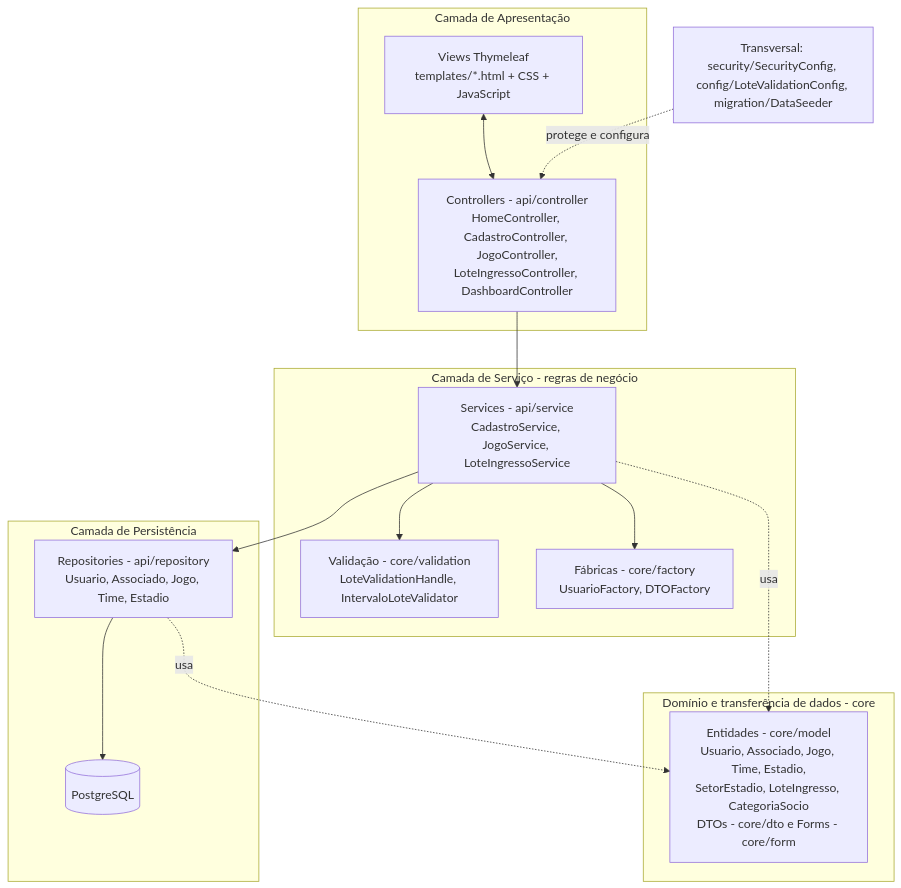
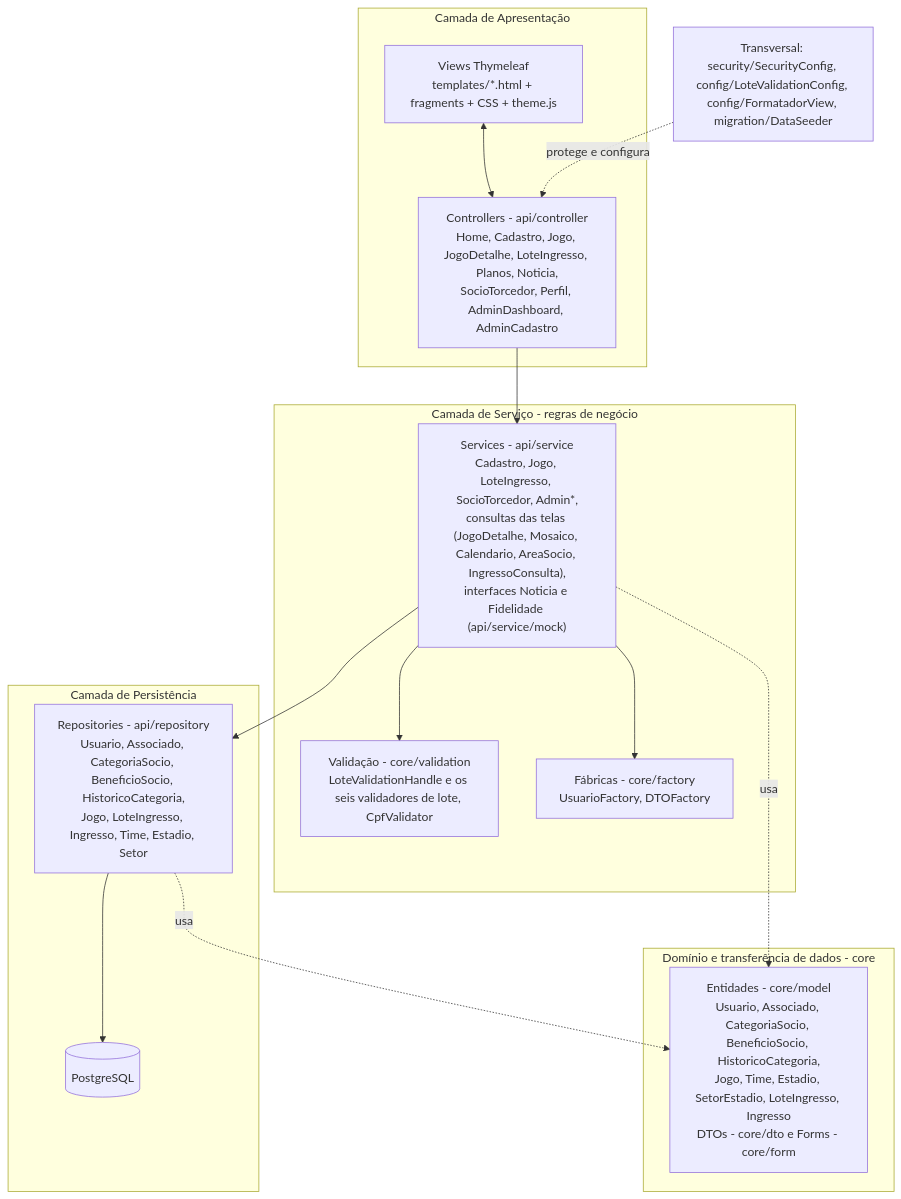
The diagram in docs/diagramas/camadas-pt.mmd (OlavoAppel/LPOO-Gestao-Socio-Torcedores), drawn with Mermaid before and after one commit. The commit also changed 11 other files, not shown here.

```diff
--- a/docs/diagramas/camadas-pt.mmd
+++ b/docs/diagramas/camadas-pt.mmd
@@ -1,27 +1,27 @@
 flowchart TB
 subgraph APRES["Camada de Apresentação"]
-  V["Views Thymeleaf<br/>templates/*.html + CSS + JavaScript"]
-  C["Controllers - api/controller<br/>HomeController, CadastroController, JogoController,<br/>LoteIngressoController, DashboardController"]
+  V["Views Thymeleaf<br/>templates/*.html + fragments + CSS + theme.js"]
+  C["Controllers - api/controller<br/>Home, Cadastro, Jogo, JogoDetalhe, LoteIngresso, Planos, Noticia,<br/>SocioTorcedor, Perfil, AdminDashboard, AdminCadastro"]
 end
 subgraph SERV["Camada de Serviço - regras de negócio"]
-  S["Services - api/service<br/>CadastroService, JogoService, LoteIngressoService"]
-  VAL["Validação - core/validation<br/>LoteValidationHandle, IntervaloLoteValidator"]
+  S["Services - api/service<br/>Cadastro, Jogo, LoteIngresso, SocioTorcedor, Admin*,<br/>consultas das telas (JogoDetalhe, Mosaico, Calendario, AreaSocio, IngressoConsulta),<br/>interfaces Noticia e Fidelidade (api/service/mock)"]
+  VAL["Validação - core/validation<br/>LoteValidationHandle e os seis validadores de lote, CpfValidator"]
   F["Fábricas - core/factory<br/>UsuarioFactory, DTOFactory"]
 end
 subgraph PERS["Camada de Persistência"]
-  R["Repositories - api/repository<br/>Usuario, Associado, Jogo, Time, Estadio"]
+  R["Repositories - api/repository<br/>Usuario, Associado, CategoriaSocio, BeneficioSocio, HistoricoCategoria,<br/>Jogo, LoteIngresso, Ingresso, Time, Estadio, Setor"]
   DB[("PostgreSQL")]
 end
 subgraph DOM["Domínio e transferência de dados - core"]
-  M["Entidades - core/model<br/>Usuario, Associado, Jogo, Time, Estadio,<br/>SetorEstadio, LoteIngresso, CategoriaSocio<br/>DTOs - core/dto e Forms - core/form"]
+  M["Entidades - core/model<br/>Usuario, Associado, CategoriaSocio, BeneficioSocio, HistoricoCategoria,<br/>Jogo, Time, Estadio, SetorEstadio, LoteIngresso, Ingresso<br/>DTOs - core/dto e Forms - core/form"]
 end
-T["Transversal: security/SecurityConfig, config/LoteValidationConfig, migration/DataSeeder"]
+T["Transversal: security/SecurityConfig, config/LoteValidationConfig, config/FormatadorView, migration/DataSeeder"]
 V <--> C
 C --> S
 S --> VAL
 S --> F
 S --> R
 R --> DB
 S -.usa.-> M
 R -.usa.-> M
 T -.protege e configura.-> C
```
